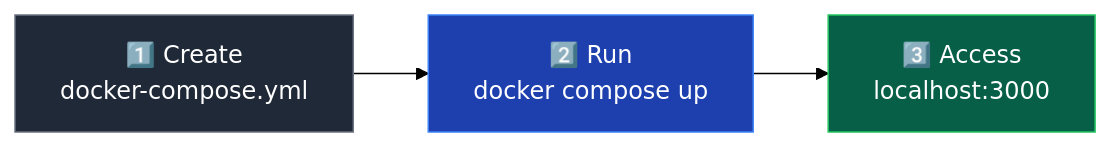
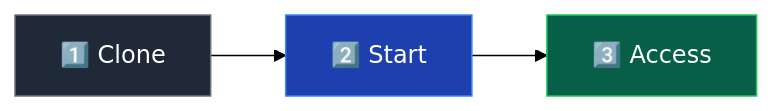
Before and after one commit to Ketbome/minepanel: the first of 2 diagrams in doc/getting-started.md, drawn with Mermaid (forest theme). The commit also changed other lines of this file and 10 other files, not shown here.

````diff
--- a/doc/getting-started.md
+++ b/doc/getting-started.md
@@ -32,9 +28,7 @@
 ```mermaid
 flowchart LR
-    A["1️⃣ Create<br/>docker-compose.yml"] --> B["2️⃣ Run<br/>docker compose up"]
-    B --> C["3️⃣ Access<br/>localhost:3000"]
-
+    A["1️⃣ Clone"] --> B["2️⃣ Start"] --> C["3️⃣ Access"]
     style A fill:#1f2937,stroke:#6b7280,color:#fff
     style B fill:#1e40af,stroke:#3b82f6,color:#fff
     style C fill:#065f46,stroke:#22c55e,color:#fff
 ```
````
